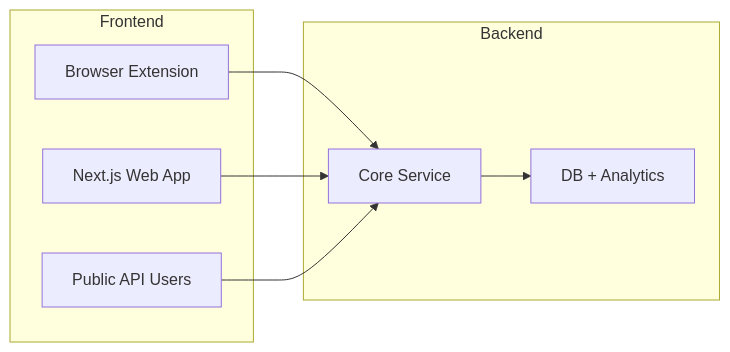
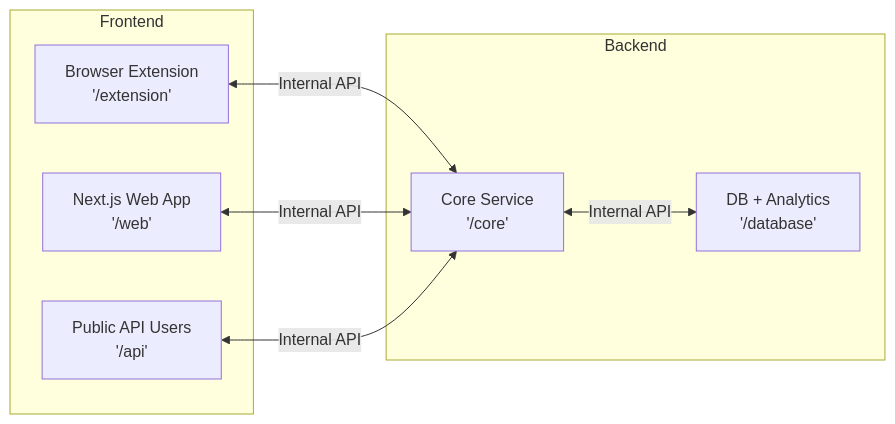
Before and after one commit to saad2134/greenprompt: the diagram in README.md, drawn with Mermaid. The commit also changed other lines of this file and 50 other files, not shown here.

````diff
--- a/README.md
+++ b/README.md
@@ -6,18 +8,30 @@
 ```mermaid
 flowchart LR
     subgraph Frontend
-        BE[Browser Extension]
-        WEB[Next.js Web App]
-        API[Public API Users]
+        BE[Browser Extension<br/>'/extension']
+        WEB[Next.js Web App<br/>'/web']
+        API[Public API Users<br/>'/api']
     end
 
     subgraph Backend
-        CORE[Core Service]
-        DB[DB + Analytics]
+        CORE[Core Service<br/>'/core']
+        DB[DB + Analytics<br/>'/database']
     end
 
-    BE --> CORE
-    WEB --> CORE
-    API --> CORE
-    CORE --> DB
+    %% Internal APIs
+    BE <-->|Internal API| CORE
+    WEB <-->|Internal API| CORE
+    API <-->|Internal API| CORE
+    CORE <-->|Internal API| DB
+
+    
+
+
+    %% Repo folder links
+    click BE "./extension" "Open /extension folder"
+    click WEB "./web" "Open /web folder"
+    click API "./api" "Open /api folder"
+    click CORE "./core" "Open /core folder"
+    click DB "./database" "Open /database folder"
+
 ```
````
